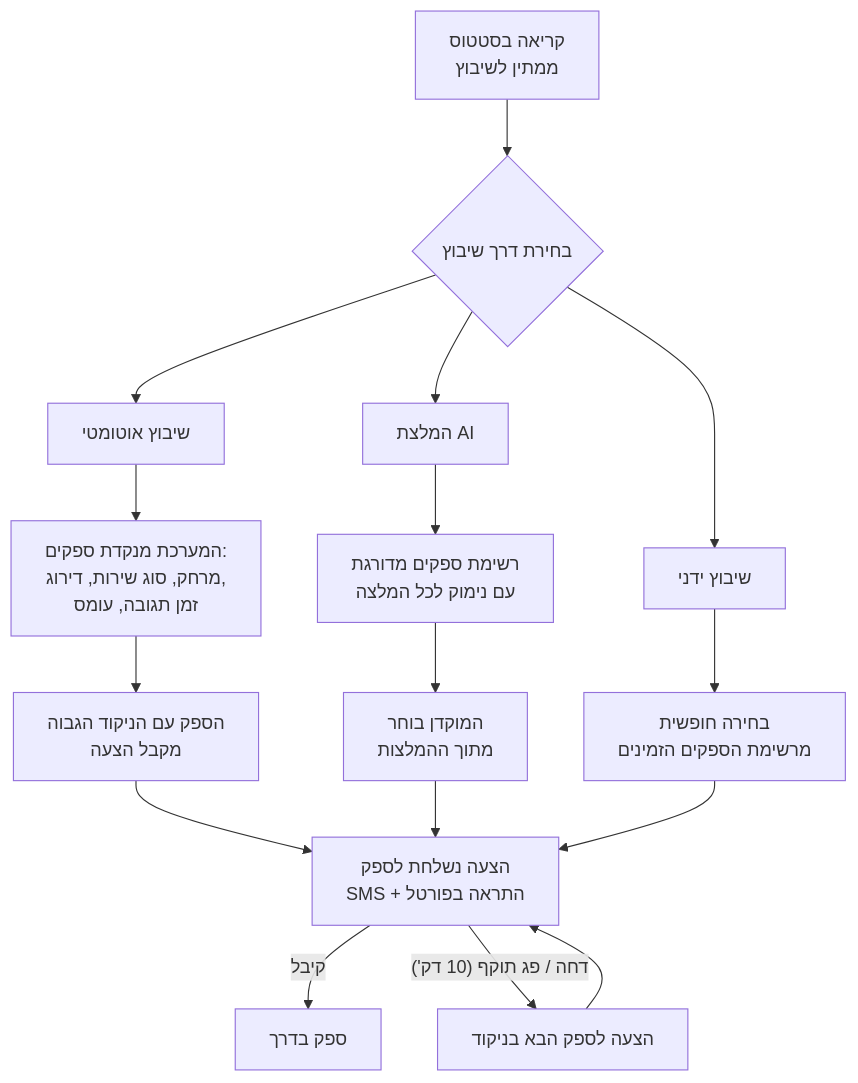
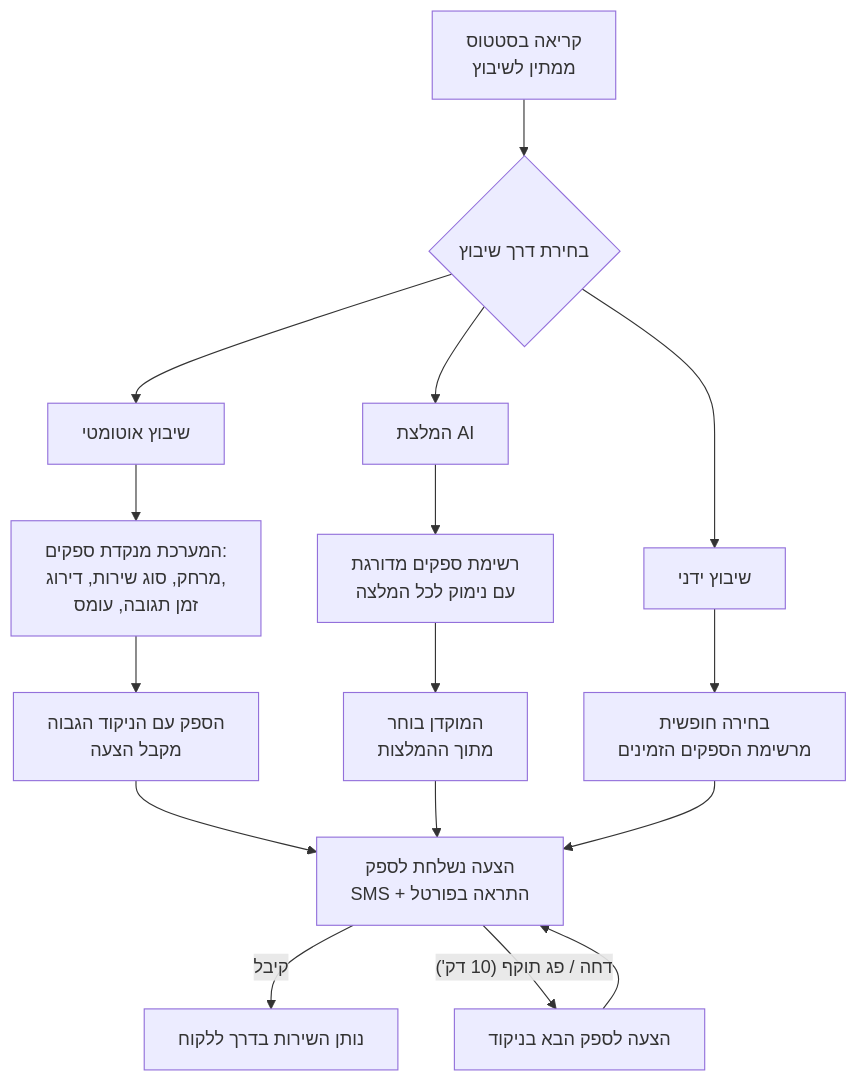
Before and after one commit to IFATEYTAN/natid-crm: the second of 2 diagrams in docs/guides/02-call-management.md, drawn with Mermaid. The commit also changed other lines of this file and 5 other files, not shown here.

````diff
--- a/docs/guides/02-call-management.md
+++ b/docs/guides/02-call-management.md
@@ -74,18 +74,18 @@
 ```mermaid
 flowchart TD
     A["קריאה בסטטוס<br/>ממתין לשיבוץ"] --> B{"בחירת דרך שיבוץ"}
     B --> C["שיבוץ אוטומטי"]
     B --> D["המלצת AI"]
     B --> E["שיבוץ ידני"]
     C --> C1["המערכת מנקדת ספקים:<br/>מרחק, סוג שירות, דירוג,<br/>זמן תגובה, עומס"]
     C1 --> C2["הספק עם הניקוד הגבוה<br/>מקבל הצעה"]
     D --> D1["רשימת ספקים מדורגת<br/>עם נימוק לכל המלצה"]
     D1 --> D2["המוקדן בוחר<br/>מתוך ההמלצות"]
     E --> E1["בחירה חופשית<br/>מרשימת הספקים הזמינים"]
     C2 --> F["הצעה נשלחת לספק<br/>SMS + התראה בפורטל"]
     D2 --> F
     E1 --> F
-    F -->|"קיבל"| G["ספק בדרך"]
+    F -->|"קיבל"| G["נותן השירות בדרך ללקוח"]
     F -->|"דחה / פג תוקף (10 דק')"| H["הצעה לספק הבא בניקוד"]
     H --> F
 ```
````
